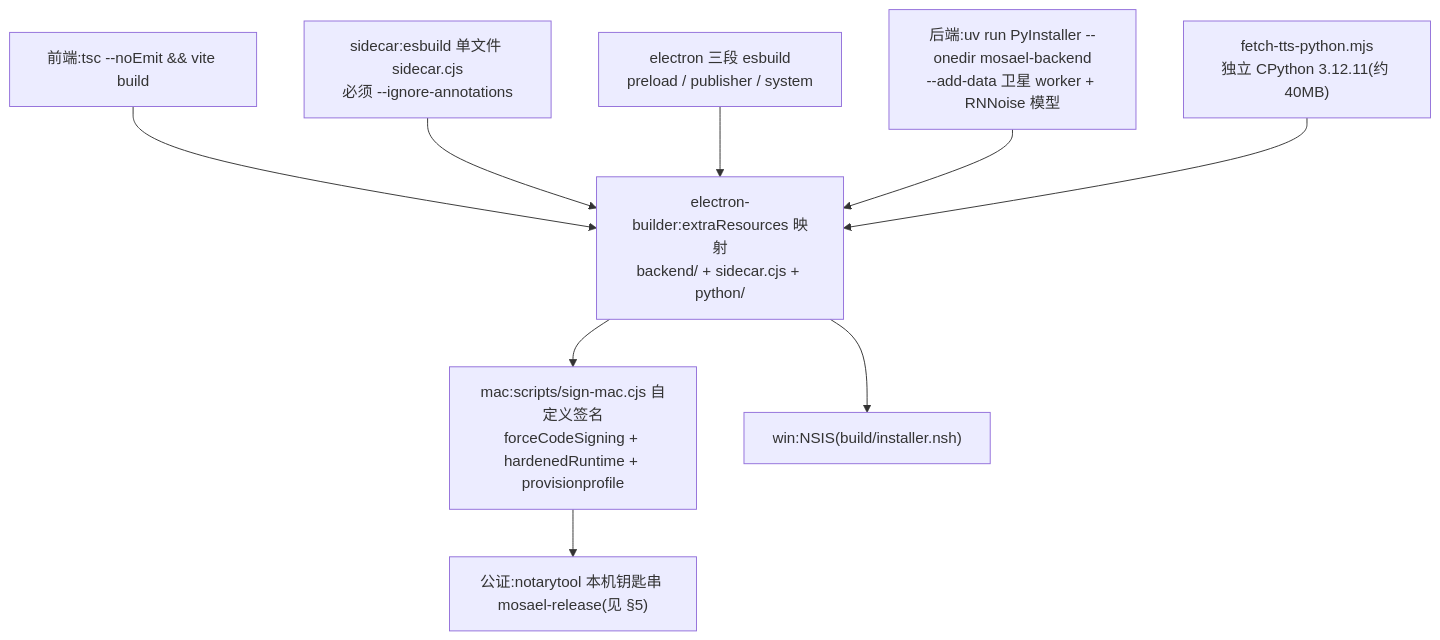
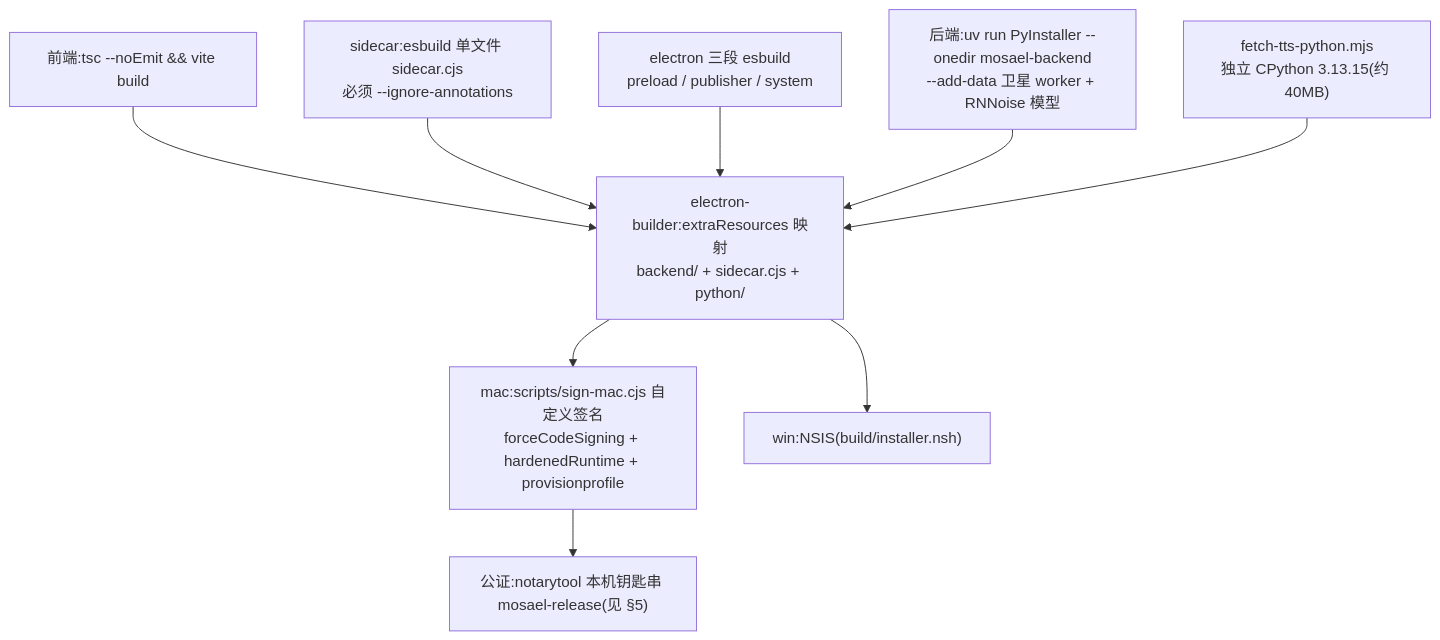
Before and after one commit to Alndaly/Mosael: the fourth of 5 diagrams in docs/analysis/engineering-quality.md, drawn with Mermaid. The commit also changed other lines of this file and 11 other files, not shown here.

````diff
--- a/docs/analysis/engineering-quality.md
+++ b/docs/analysis/engineering-quality.md
@@ -232,19 +232,19 @@
 ```mermaid
 graph TD
     FE["前端:tsc --noEmit && vite build"]
     SB["sidecar:esbuild 单文件 sidecar.cjs<br/>必须 --ignore-annotations"]
     EL["electron 三段 esbuild<br/>preload / publisher / system"]
     PY["后端:uv run PyInstaller --onedir mosael-backend<br/>--add-data 卫星 worker + RNNoise 模型"]
-    TTS["fetch-tts-python.mjs<br/>独立 CPython 3.12.11(约 40MB)"]
+    TTS["fetch-tts-python.mjs<br/>独立 CPython 3.13.15(约 40MB)"]
     EB["electron-builder:extraResources 映射<br/>backend/ + sidecar.cjs + python/"]
     MAC["mac:scripts/sign-mac.cjs 自定义签名<br/>forceCodeSigning + hardenedRuntime + provisionprofile"]
     WIN["win:NSIS(build/installer.nsh)"]
     NOTARY["公证:notarytool 本机钥匙串 mosael-release(见 §5)"]
     FE --> EB
     SB --> EB
     EL --> EB
     PY --> EB
     TTS --> EB
     EB --> MAC --> NOTARY
     EB --> WIN
 ```
````
